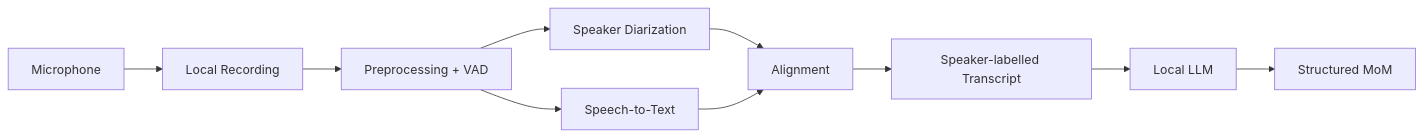
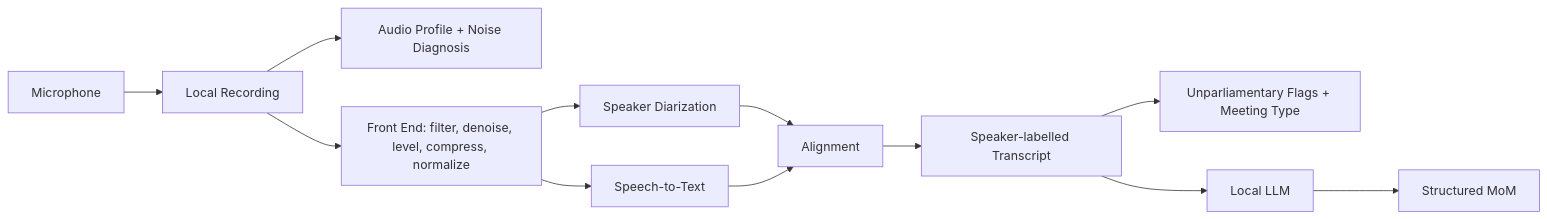
Before and after one commit to karthik1710/Cadence: the diagram in README.md, drawn with Mermaid. The commit also changed other lines of this file and 85 other files, not shown here.

````diff
--- a/README.md
+++ b/README.md
@@ -41,12 +45,14 @@
 ```mermaid
 flowchart LR
     A[Microphone] --> B[Local Recording]
-    B --> C[Preprocessing + VAD]
+    B --> P["Audio Profile + Noise Diagnosis"]
+    B --> C["Front End: filter, denoise, level, compress, normalize"]
     C --> D[Speaker Diarization]
     C --> E[Speech-to-Text]
     D --> F[Alignment]
     E --> F
     F --> G[Speaker-labelled Transcript]
+    G --> R["Unparliamentary Flags + Meeting Type"]
     G --> H[Local LLM]
     H --> I[Structured MoM]
 ```
````
